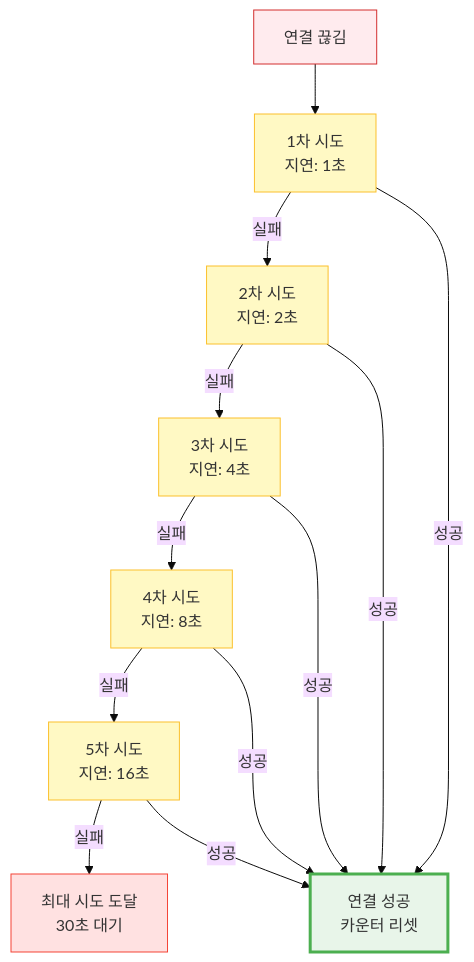
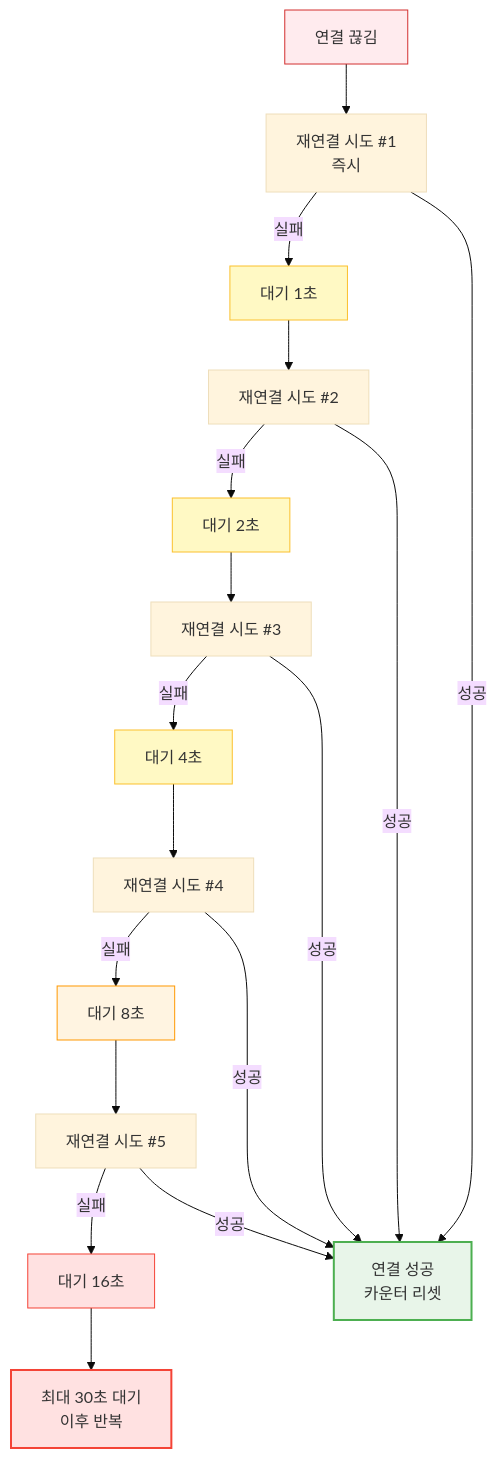
The second of 10 diagrams in TECHNICAL_CHALLENGES.md (1985jwlee/production-iot-backend), drawn with Mermaid (base theme) before and after one commit. The commit also changed other lines of this file and 1 other file, not shown here.

````diff
--- a/TECHNICAL_CHALLENGES.md
+++ b/TECHNICAL_CHALLENGES.md
@@ -132,26 +121,29 @@
 ```mermaid
 graph TB
-    START[연결 끊김]
+    START[연결 끊김] --> TRY1[재연결 시도 #1<br/>즉시]
+    TRY1 -->|실패| WAIT1[대기 1초]
+    WAIT1 --> TRY2[재연결 시도 #2]
+    TRY2 -->|실패| WAIT2[대기 2초]
+    WAIT2 --> TRY3[재연결 시도 #3]
+    TRY3 -->|실패| WAIT3[대기 4초]
+    WAIT3 --> TRY4[재연결 시도 #4]
+    TRY4 -->|실패| WAIT4[대기 8초]
+    WAIT4 --> TRY5[재연결 시도 #5]
+    TRY5 -->|실패| WAIT5[대기 16초]
+    WAIT5 --> MAX[최대 30초 대기<br/>이후 반복]
     
-    START --> ATTEMPT1[1차 시도<br/>지연: 1초]
-    ATTEMPT1 -->|실패| ATTEMPT2[2차 시도<br/>지연: 2초]
-    ATTEMPT2 -->|실패| ATTEMPT3[3차 시도<br/>지연: 4초]
-    ATTEMPT3 -->|실패| ATTEMPT4[4차 시도<br/>지연: 8초]
-    ATTEMPT4 -->|실패| ATTEMPT5[5차 시도<br/>지연: 16초]
-    ATTEMPT5 -->|실패| MAX[최대 시도 도달<br/>30초 대기]
-    
-    ATTEMPT1 -->|성공| SUCCESS[연결 성공<br/>카운터 리셋]
-    ATTEMPT2 -->|성공| SUCCESS
-    ATTEMPT3 -->|성공| SUCCESS
-    ATTEMPT4 -->|성공| SUCCESS
-    ATTEMPT5 -->|성공| SUCCESS
+    TRY1 -->|성공| SUCCESS[연결 성공<br/>카운터 리셋]
+    TRY2 -->|성공| SUCCESS
+    TRY3 -->|성공| SUCCESS
+    TRY4 -->|성공| SUCCESS
+    TRY5 -->|성공| SUCCESS
     
     style START fill:#ffebee,stroke:#d32f2f
-    style ATTEMPT1 fill:#fff9c4,stroke:#fbc02d
-    style ATTEMPT2 fill:#fff9c4,stroke:#fbc02d
-    style ATTEMPT3 fill:#fff9c4,stroke:#fbc02d
-    style ATTEMPT4 fill:#fff9c4,stroke:#fbc02d
-    style ATTEMPT5 fill:#fff9c4,stroke:#fbc02d
-    style MAX fill:#ffe1e1,stroke:#f44336
-    style SUCCESS fill:#e8f5e9,stroke:#4caf50,stroke-width:3px
+    style SUCCESS fill:#e8f5e9,stroke:#4caf50,stroke-width:2px
+    style WAIT1 fill:#fff9c4,stroke:#fbc02d
+    style WAIT2 fill:#fff9c4,stroke:#fbc02d
+    style WAIT3 fill:#fff9c4,stroke:#fbc02d
+    style WAIT4 fill:#fff4e1,stroke:#ff9800
+    style WAIT5 fill:#ffe1e1,stroke:#f44336
+    style MAX fill:#ffe1e1,stroke:#f44336,stroke-width:2px
 ```
````
